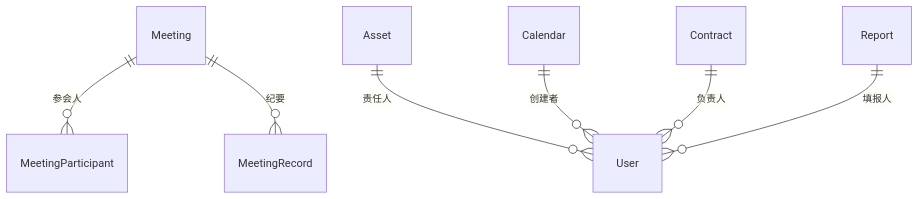
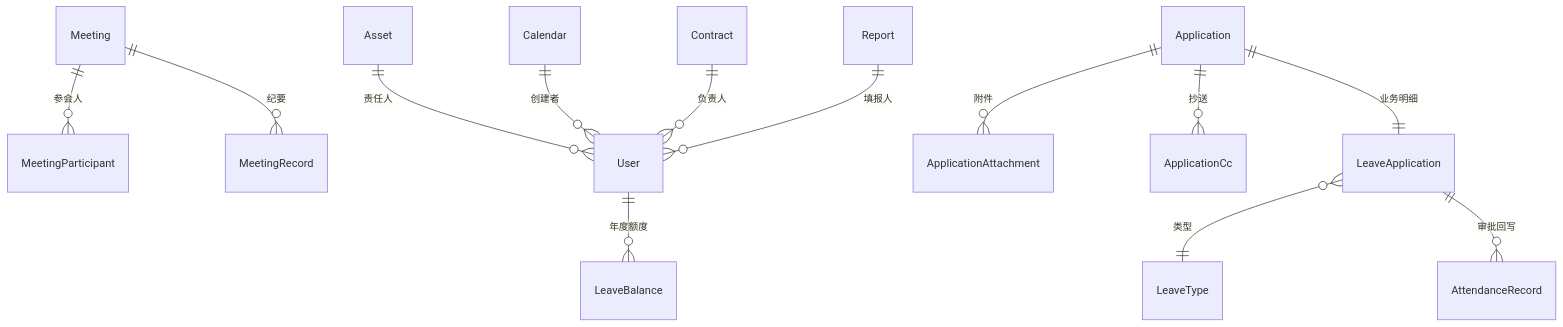
Before and after one commit to yangxj96/spectra-docs: the third of 5 diagrams in docs/30-数据模型/10-ER图.md, drawn with Mermaid. The commit also changed other lines of this file and 12 other files, not shown here.

````diff
--- a/docs/30-数据模型/10-ER图.md
+++ b/docs/30-数据模型/10-ER图.md
@@ -38,9 +38,15 @@
 ```mermaid
 erDiagram
     Meeting ||--o{ MeetingParticipant : "参会人"
     Meeting ||--o{ MeetingRecord : "纪要"
     Asset ||--o{ User : "责任人"
     Calendar ||--o{ User : "创建者"
     Contract ||--o{ User : "负责人"
     Report ||--o{ User : "填报人"
+    Application ||--o{ ApplicationAttachment : "附件"
+    Application ||--o{ ApplicationCc : "抄送"
+    Application ||--|| LeaveApplication : "业务明细"
+    LeaveApplication }o--|| LeaveType : "类型"
+    LeaveApplication ||--o{ AttendanceRecord : "审批回写"
+    User ||--o{ LeaveBalance : "年度额度"
 ```
````
